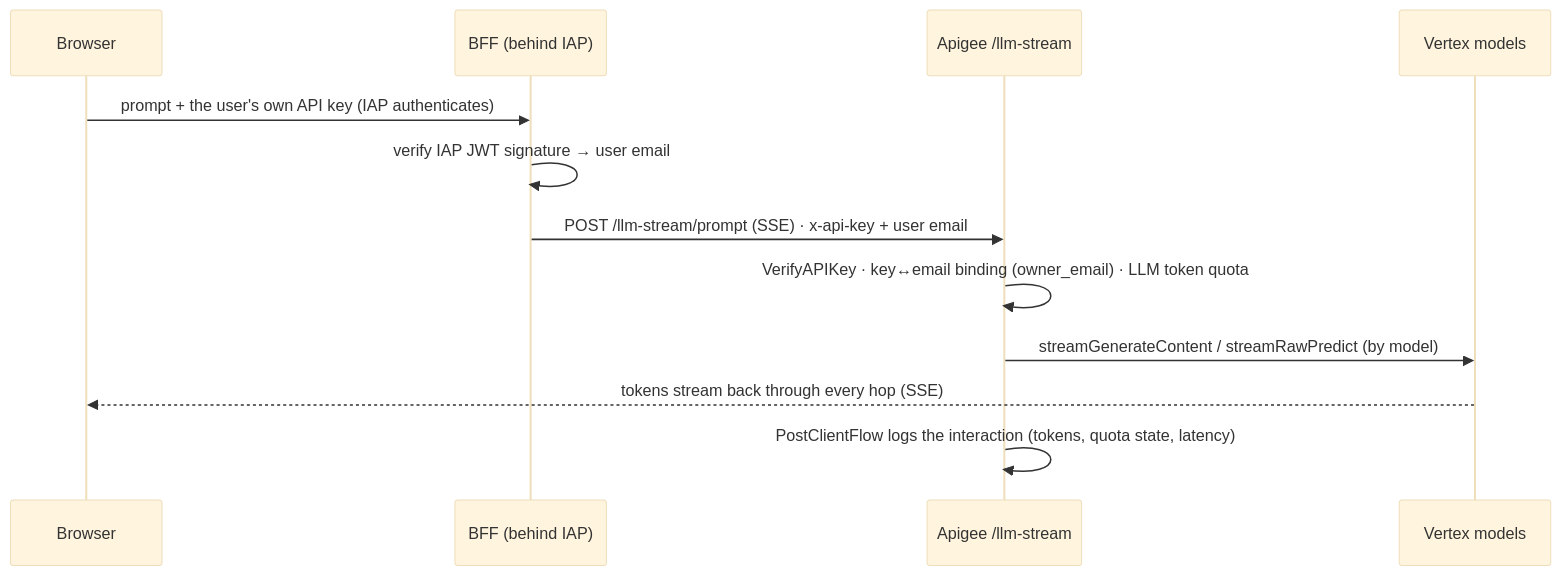
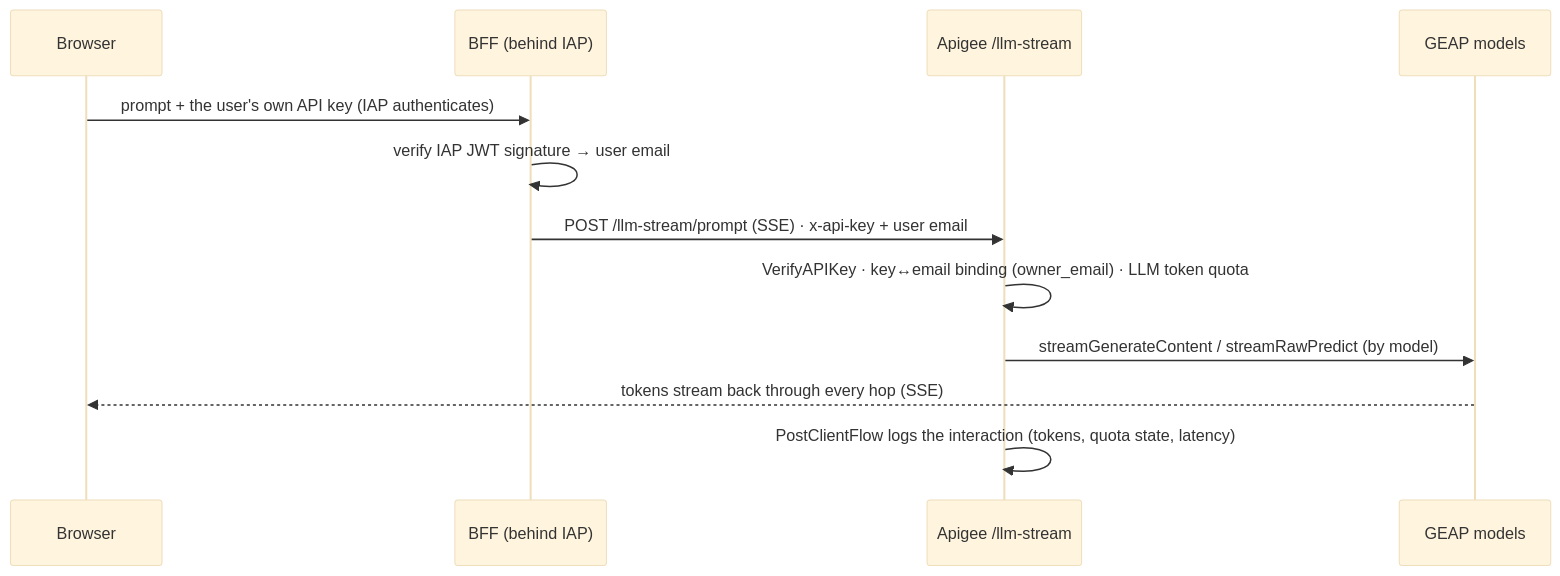
Before and after one commit to ricardosmh/adk-apigee-multiagent-demo: the second of 3 diagrams in docs/ARCHITECTURE.md, drawn with Mermaid (base theme). The commit also changed other lines of this file and 34 other files, not shown here.

````diff
--- a/docs/ARCHITECTURE.md
+++ b/docs/ARCHITECTURE.md
@@ -98,14 +98,14 @@
 ```mermaid
 sequenceDiagram
     participant B as Browser
     participant F as BFF (behind IAP)
     participant A as Apigee /llm-stream
-    participant V as Vertex models
+    participant V as GEAP models
     B->>F: prompt + the user's own API key (IAP authenticates)
     F->>F: verify IAP JWT signature → user email
     F->>A: POST /llm-stream/prompt (SSE) · x-api-key + user email
     A->>A: VerifyAPIKey · key↔email binding (owner_email) · LLM token quota
     A->>V: streamGenerateContent / streamRawPredict (by model)
     V-->>B: tokens stream back through every hop (SSE)
     A->>A: PostClientFlow logs the interaction (tokens, quota state, latency)
 ```
````
